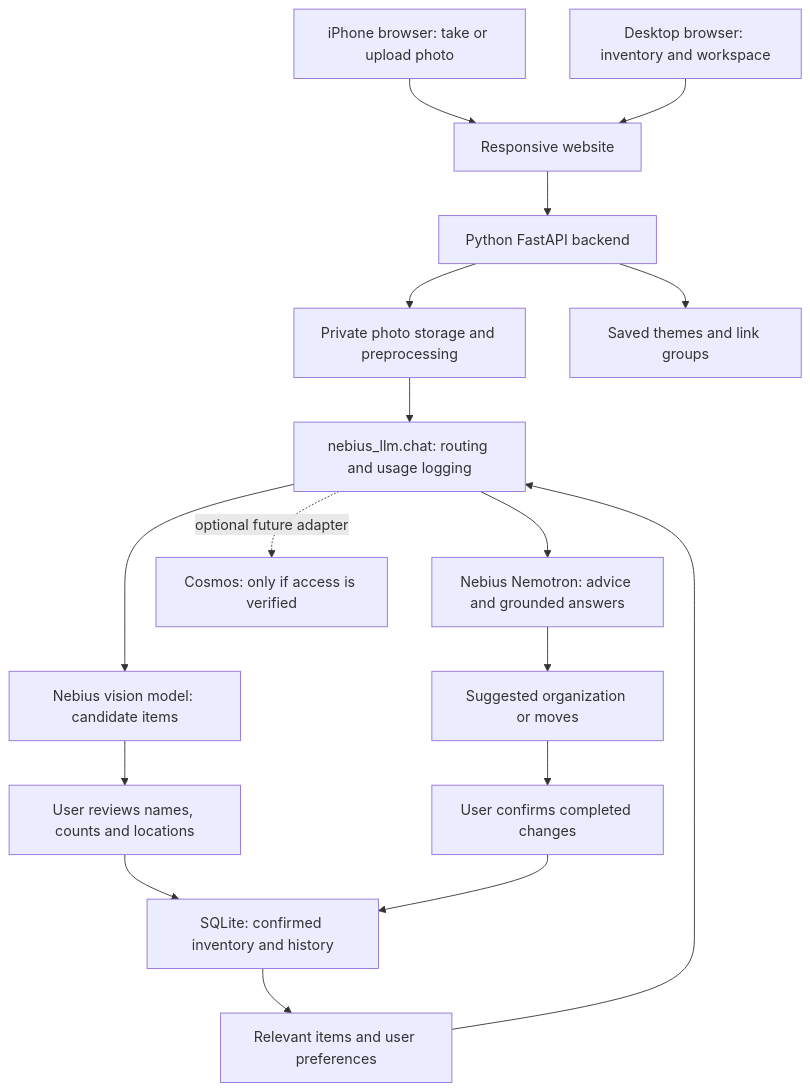
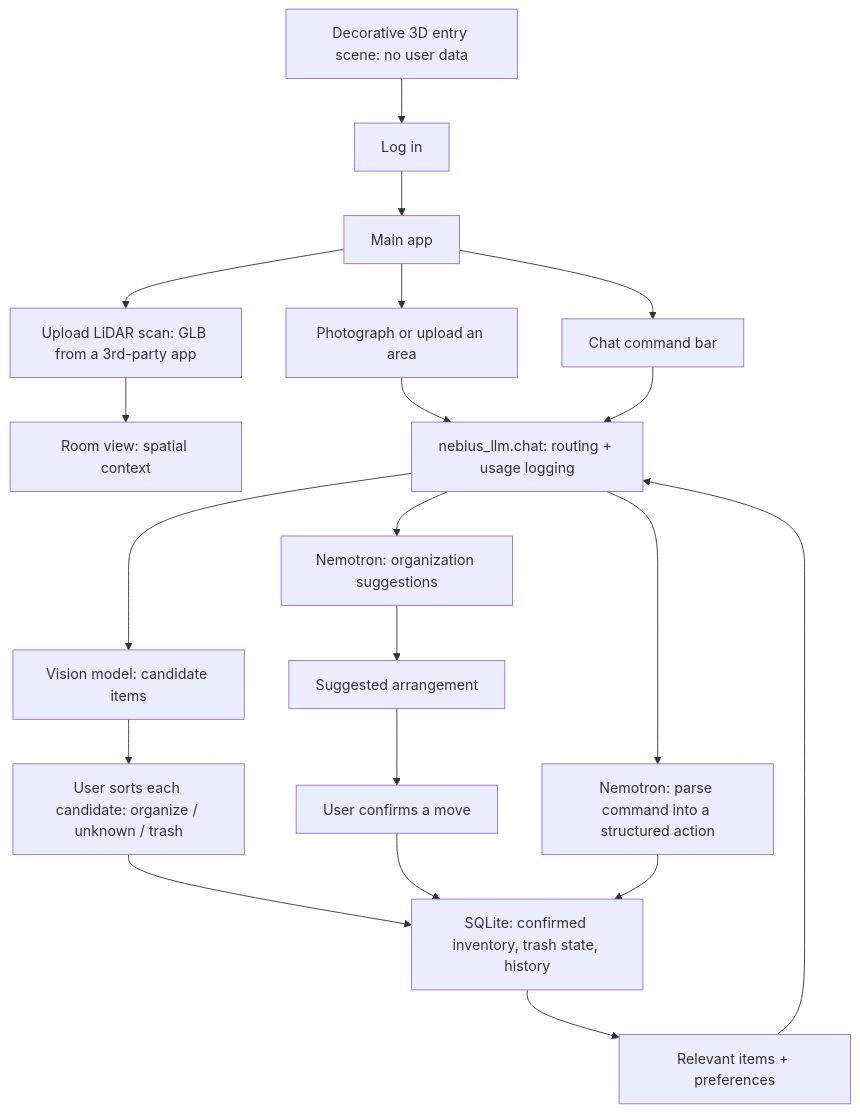
One commit to davidhernandez0771/Nebius-X-NVIDIA-Hackathon-Project changed the diagram in docs/ARCHITECTURE.md. Above: the diagram before and after it, drawn with Mermaid. The commit also changed other lines of this file and 64 other files, not shown here.

````diff
--- a/docs/ARCHITECTURE.md
+++ b/docs/ARCHITECTURE.md
@@ -25,19 +46,22 @@
 ```mermaid
 flowchart TD
-    Phone[iPhone browser: take or upload photo] --> Web[Responsive website]
-    Desktop[Desktop browser: inventory and workspace] --> Web
-    Web --> API[Python FastAPI backend]
-    API --> Photos[Private photo storage and preprocessing]
-    Photos --> Gateway[nebius_llm.chat: routing and usage logging]
-    Gateway --> Vision[Nebius vision model: candidate items]
-    Vision --> Review[User reviews names, counts and locations]
-    Review --> DB[SQLite: confirmed inventory and history]
-    DB --> Context[Relevant items and user preferences]
+    Entry[Decorative 3D entry scene: no user data] --> Login[Log in]
+    Login --> Main[Main app]
+    Main --> ScanUpload[Upload LiDAR scan: GLB from a 3rd-party app]
+    ScanUpload --> RoomView[Room view: spatial context]
+    Main --> PhotoUpload[Photograph or upload an area]
+    PhotoUpload --> Gateway[nebius_llm.chat: routing + usage logging]
+    Gateway --> Vision[Vision model: candidate items]
+    Vision --> Review[User sorts each candidate: organize / unknown / trash]
+    Review --> DB[SQLite: confirmed inventory, trash state, history]
+    DB --> Context[Relevant items + preferences]
     Context --> Gateway
-    Gateway --> Nemotron[Nebius Nemotron: advice and grounded answers]
-    Nemotron --> Proposals[Suggested organization or moves]
-    Proposals --> Confirm[User confirms completed changes]
+    Gateway --> Nemotron[Nemotron: organization suggestions]
+    Nemotron --> Proposals[Suggested arrangement]
+    Proposals --> Confirm[User confirms a move]
     Confirm --> DB
-    API --> Modes[Saved themes and link groups]
-    Gateway -. optional future adapter .-> Cosmos[Cosmos: only if access is verified]
+    Main --> ChatBar[Chat command bar]
+    ChatBar --> Gateway
+    Gateway --> Parser[Nemotron: parse command into a structured action]
+    Parser --> DB
 ```
````
